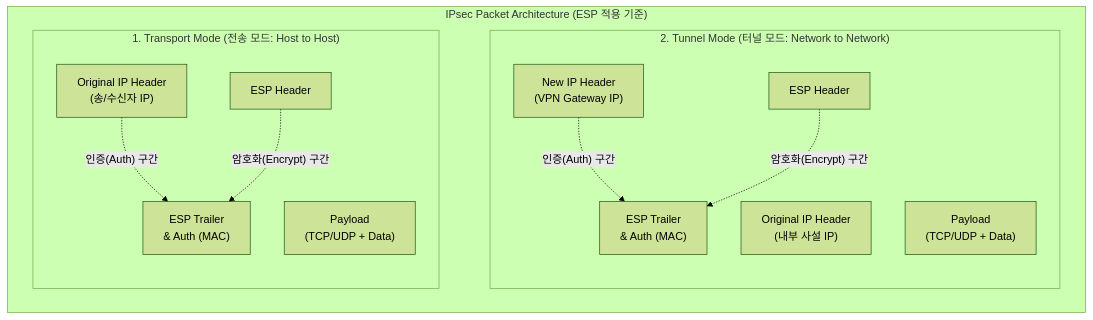
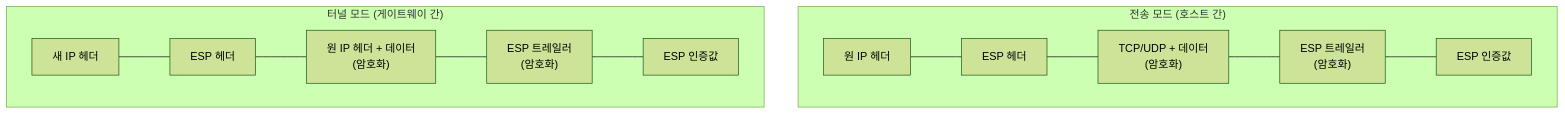
Before and after one commit to supremethumb/supremethumb.github.io: the diagram in content/01_IT Tech/IP Sec.md, drawn with Mermaid (forest theme). The commit also changed other lines of this file and 1087 other files, not shown here.

````diff
--- a/content/01_IT Tech/IP Sec.md
+++ b/content/01_IT Tech/IP Sec.md
@@ -29,32 +34,11 @@
 ```mermaid
-flowchart TD
-    subgraph "IPsec Packet Architecture (ESP 적용 기준)"
+flowchart TB
+    subgraph TR["전송 모드 (호스트 간)"]
         direction LR
-        
-        subgraph "1. Transport Mode (전송 모드: Host to Host)"
-            direction TB
-            T_IP["Original IP Header<br/>(송/수신자 IP)"]
-            T_ESPH["ESP Header"]
-            T_Payload["Payload<br/>(TCP/UDP + Data)"]
-            T_ESPT["ESP Trailer<br/>& Auth (MAC)"]
-            
-            T_IP -. "인증(Auth) 구간" .-> T_ESPT
-            T_ESPH -. "암호화(Encrypt) 구간" .-> T_ESPT
-        end
-        
-        subgraph "2. Tunnel Mode (터널 모드: Network to Network)"
-            direction TB
-            N_IP["New IP Header<br/>(VPN Gateway IP)"]
-            U_ESPH["ESP Header"]
-            O_IP["Original IP Header<br/>(내부 사설 IP)"]
-            U_Payload["Payload<br/>(TCP/UDP + Data)"]
-            U_ESPT["ESP Trailer<br/>& Auth (MAC)"]
-            
-            N_IP -. "인증(Auth) 구간" .-> U_ESPT
-            U_ESPH -. "암호화(Encrypt) 구간" .-> U_ESPT
-        end
+        T1["원 IP 헤더"] --- T2["ESP 헤더"] --- T3["TCP/UDP + 데이터<br/>(암호화)"] --- T4["ESP 트레일러<br/>(암호화)"] --- T5["ESP 인증값"]
     end
-    
-    T_Payload ~~~ O_IP
-
+    subgraph TU["터널 모드 (게이트웨이 간)"]
+        direction LR
+        U1["새 IP 헤더"] --- U2["ESP 헤더"] --- U3["원 IP 헤더 + 데이터<br/>(암호화)"] --- U4["ESP 트레일러<br/>(암호화)"] --- U5["ESP 인증값"]
+    end
 ```
````
